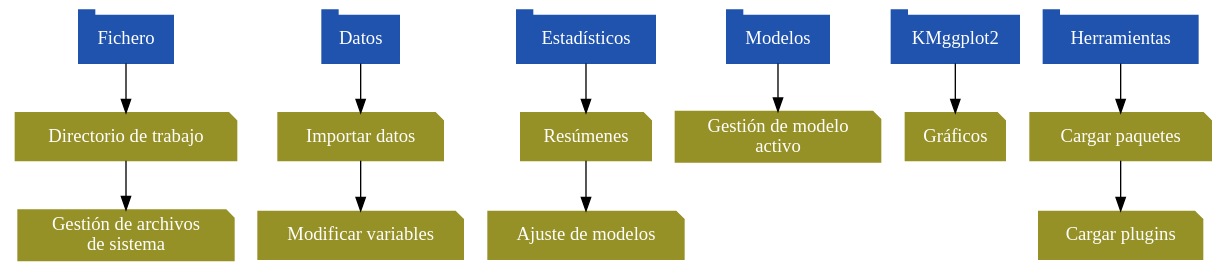
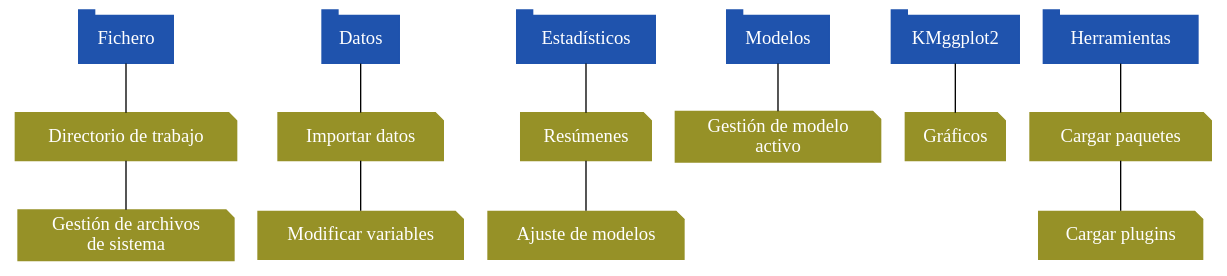
One commit to datos-ine/UASB changed the first of 2 diagrams in moduloVI_01/01_intro/index.qmd. Above: the diagram before and after it, drawn with Graphviz. The commit also changed 1 other file, not shown here.

Commit message:
modificacion DOT

```diff
--- a/moduloVI_01/01_intro/index.qmd
+++ b/moduloVI_01/01_intro/index.qmd
@@ -987,6 +987,7 @@
 //| echo: false
 digraph G {
  node [style = filled, fontcolor = "white"];
+ edge [arrowhead=none,arrowtail=none];
     n0 [shape = tab, 
     label = "Fichero",
     color = "#1f53ad"];
```
